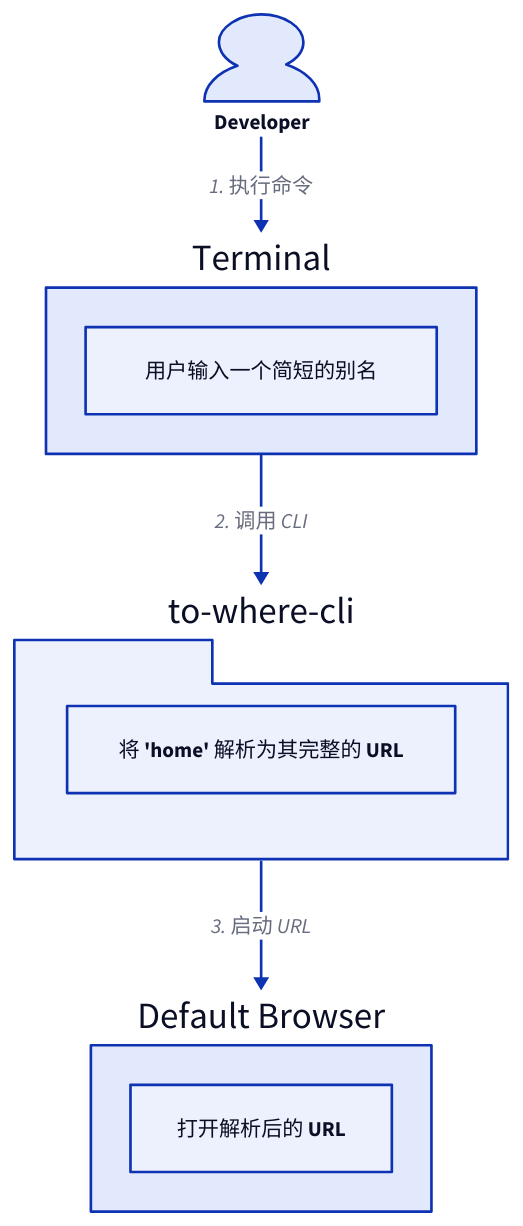
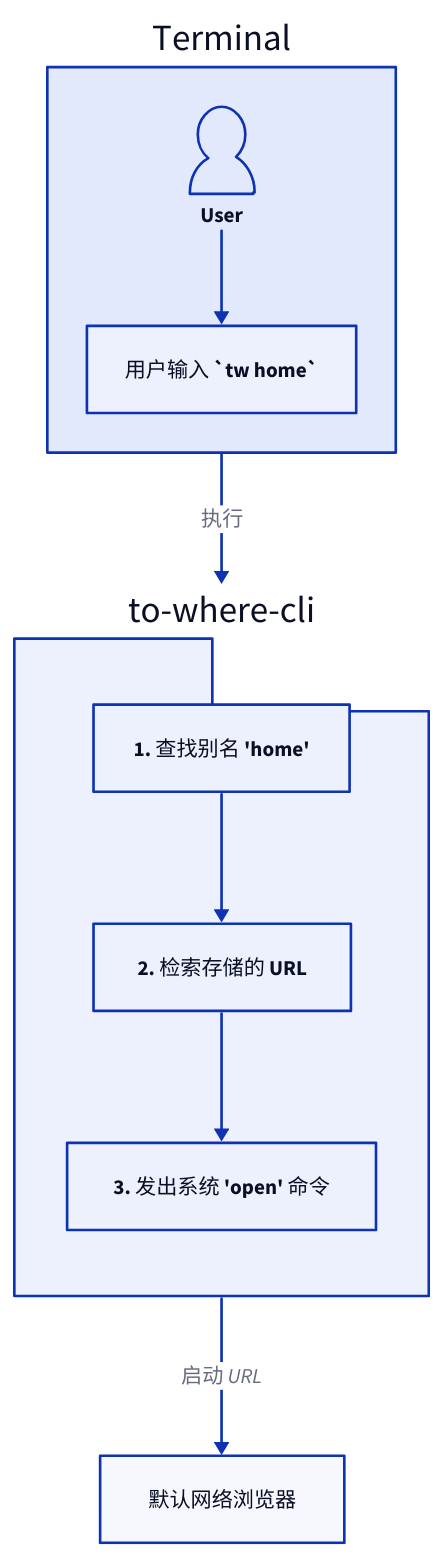
Before and after one commit to lban2049/to-where-cli: the diagram in .aigne/doc-smith/docs/overview.zh.md, drawn with D2. The commit also changed other lines of this file and 24 other files, not shown here.

````diff
--- a/.aigne/doc-smith/docs/overview.zh.md
+++ b/.aigne/doc-smith/docs/overview.zh.md
@@ -7,26 +7,47 @@
 ```d2
 direction: down
 
-"Developer": {
-  shape: person
+Terminal: {
+  shape: rectangle
+
+  User: {
+    shape: person
+  }
+
+  CLI-Input: {
+    label: "用户输入 `tw home`"
+    shape: rectangle
+  }
+
+  User -> CLI-Input
 }
 
-"Terminal": {
-  shape: rectangle
-  "tw home": "用户输入一个简短的别名"
+to-where-cli: {
+  shape: package
+  
+  Alias-Lookup: {
+    label: "1. 查找别名 'home'"
+    shape: rectangle
+  }
+  
+  URL-Retrieval: {
+    label: "2. 检索存储的 URL"
+    shape: rectangle
+  }
+  
+  Open-Command: {
+    label: "3. 发出系统 'open' 命令"
+    shape: rectangle
+  }
+
+  Alias-Lookup -> URL-Retrieval -> Open-Command
 }
 
-"to-where-cli": {
-  shape: package
-  "Alias Lookup": "将 'home' 解析为其完整的 URL"
+Browser: {
+  shape: rectangle
+  label: "默认网络浏览器"
 }
 
-"Default Browser": {
-  shape: rectangle
-  "打开解析后的 URL"
-}
-
-"Developer" -> "Terminal": "1. 执行命令"
-"Terminal" -> "to-where-cli": "2. 调用 CLI"
-"to-where-cli" -> "Default Browser": "3. 启动 URL"
+Terminal -> to-where-cli: "执行"
+to-where-cli -> Browser: "启动 URL"
 ```
````
